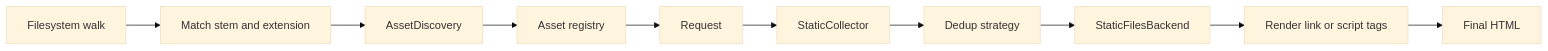
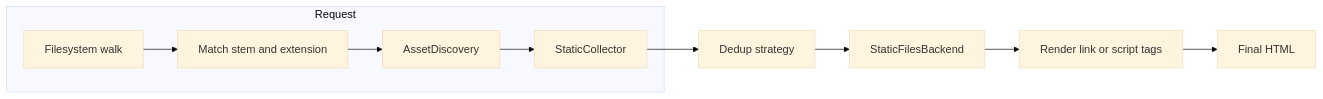
Before and after one commit to next-dj/next-dj: the first of 3 diagrams in docs/content/internals/static-pipeline.rst, drawn with Mermaid (base theme). The commit also changed other lines of this file and 98 other files, not shown here.

```diff
--- a/docs/content/internals/static-pipeline.rst
+++ b/docs/content/internals/static-pipeline.rst
@@ -22,12 +21,12 @@
 .. mermaid::
 
    flowchart LR
-       Walk["Filesystem walk"] --> StemMatch["Match stem and extension"]
-       StemMatch --> Discovery["AssetDiscovery"]
-       Discovery --> Registry["Asset registry"]
-       Registry --> Request["Request"]
-       Request --> Collector["StaticCollector"]
+       subgraph Request["Request"]
+           Walk["Filesystem walk"] --> StemMatch["Match stem and extension"]
+           StemMatch --> Discovery["AssetDiscovery"]
+           Discovery --> Collector["StaticCollector"]
+       end
        Collector --> Dedup["Dedup strategy"]
        Dedup --> Backend["StaticFilesBackend"]
        Backend --> Tags["Render link or script tags"]
        Tags --> HTML["Final HTML"]
```
